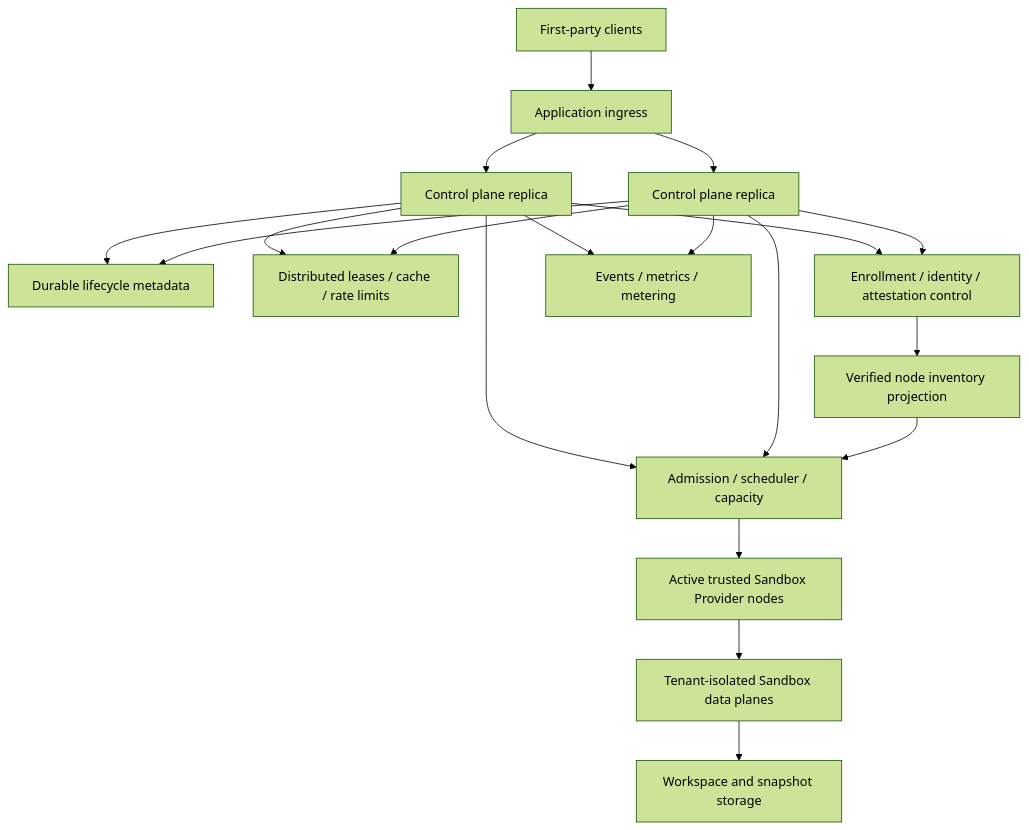
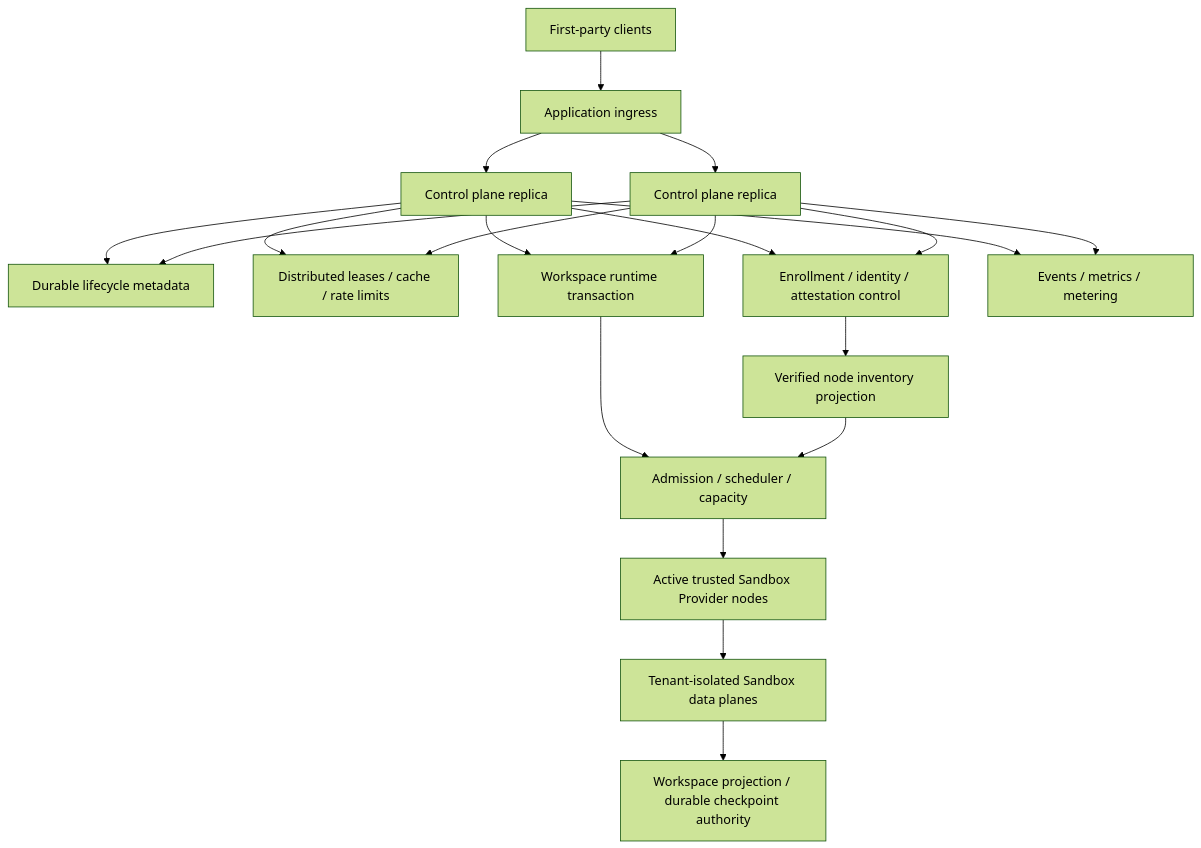
One commit to Sdkwork-Cloud/sdkwork-sandbox changed the third of 3 diagrams in docs/architecture/tech/TECH-runtime-topology.md. Above: the diagram before and after it, drawn with Mermaid (forest theme). The commit also changed other lines of this file and 91 other files, not shown here.

````diff
--- a/docs/architecture/tech/TECH-runtime-topology.md
+++ b/docs/architecture/tech/TECH-runtime-topology.md
@@ -48,21 +51,22 @@
 ```mermaid
 flowchart TB
     CLIENT["First-party clients"] --> LB["Application ingress"]
     LB --> CP1["Control plane replica"]
     LB --> CP2["Control plane replica"]
     CP1 --> DB["Durable lifecycle metadata"]
     CP2 --> DB
     CP1 --> COORD["Distributed leases / cache / rate limits"]
     CP2 --> COORD
     CP1 --> TRUST["Enrollment / identity / attestation control"]
     CP2 --> TRUST
     TRUST --> INVENTORY["Verified node inventory projection"]
-    CP1 --> SCHED["Admission / scheduler / capacity"]
-    CP2 --> SCHED
+    CP1 --> TX["Workspace runtime transaction"]
+    CP2 --> TX
+    TX --> SCHED["Admission / scheduler / capacity"]
     INVENTORY --> SCHED
     SCHED --> NODES["Active trusted Sandbox Provider nodes"]
     NODES --> DATA["Tenant-isolated Sandbox data planes"]
-    DATA --> WS["Workspace and snapshot storage"]
+    DATA --> WS["Workspace projection / durable checkpoint authority"]
     CP1 --> EVENTS["Events / metrics / metering"]
     CP2 --> EVENTS
 ```
````
